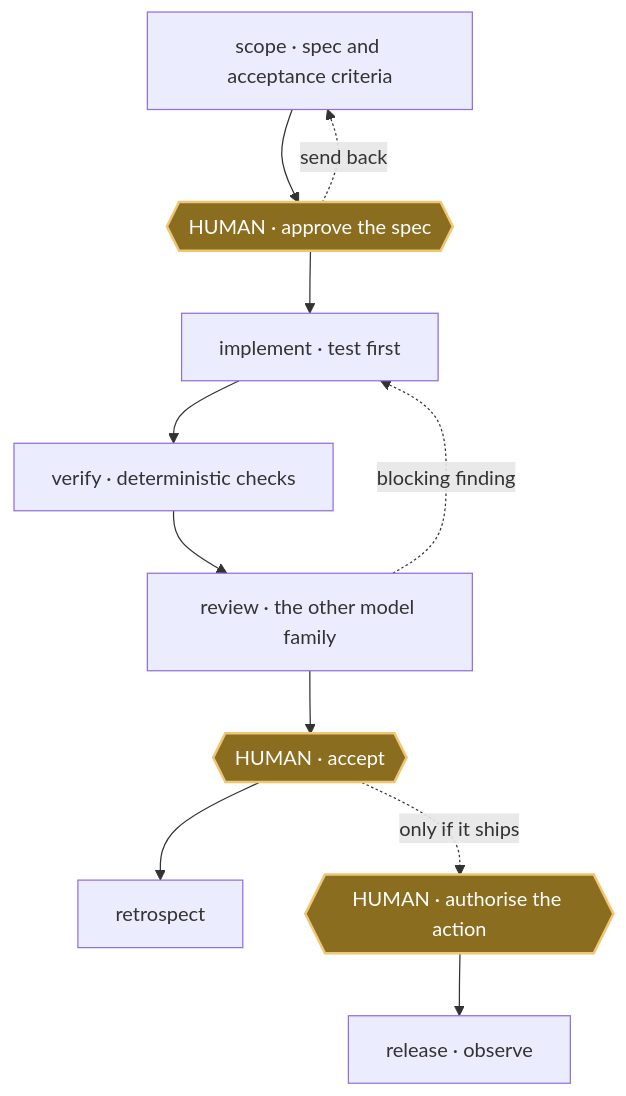
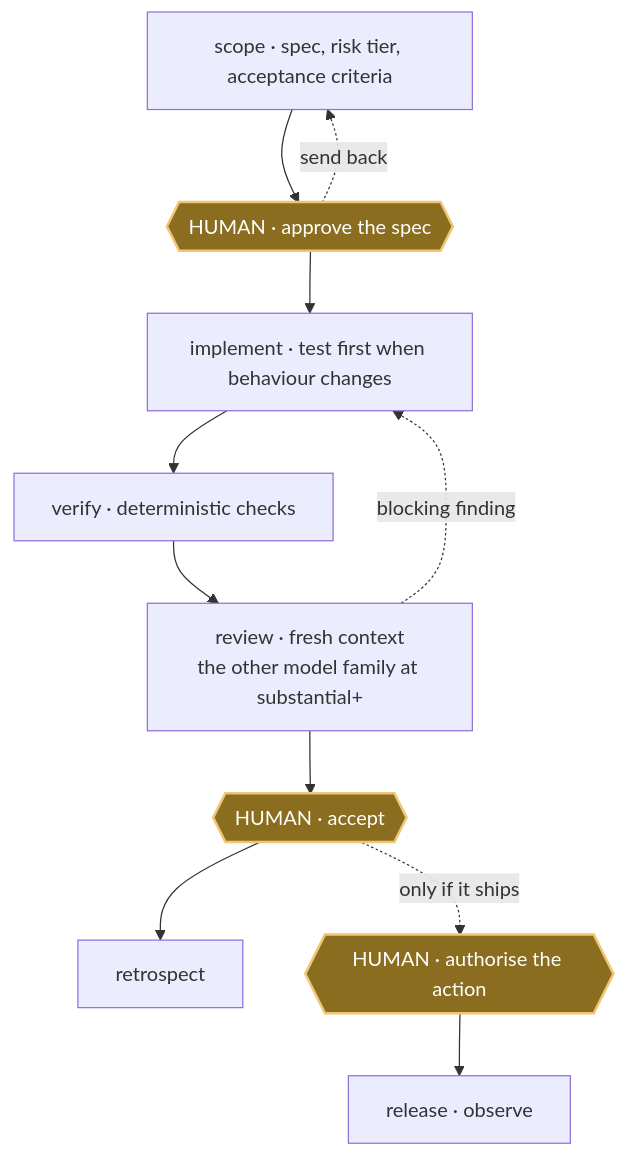
The diagram in README.md (mblauberg/agent-harness), drawn with Mermaid before and after one commit. The commit also changed other lines of this file and 5 other files, not shown here.

````diff
--- a/README.md
+++ b/README.md
@@ -100,18 +103,18 @@
 ```mermaid
 flowchart TB
     accTitle: The delivery loop and its three human gates
-    accDescr: After a session sets up clean context, the deliver kernel runs the loop top to bottom: scope writes the specification, a human gate approves it, implement writes the test first, verify runs deterministic checks, and review is the other model family reading the work in a fresh context. Two dotted edges return: the approval gate sends the plan back to scope, and a blocking review finding sends the work back to implement for a bounded repair. A human gate then accepts, which leads to retrospect and the next cycle. Release and observe sit outside the loop, reachable only through a third human gate that authorises the external action.
-    SC["scope · spec and acceptance criteria"] --> G1{{"HUMAN · approve the spec"}}
+    accDescr: After a session sets up clean context, the deliver kernel runs the loop top to bottom: scope writes the specification and risk tier, a human gate approves it, implement writes the test first whenever observable behaviour changes, verify runs deterministic checks, and review reads the work in a fresh context that never wrote it, and from the substantial tier up must include the other model family. Two dotted edges return: the approval gate sends the plan back to scope, and a blocking review finding sends the work back to implement for a bounded repair. A human gate then accepts, leading to retrospect and the next cycle. Release and observe sit outside the loop, behind a third human gate that authorises the external action.
+    SC["scope · spec, risk tier, acceptance criteria"] --> G1{{"HUMAN · approve the spec"}}
     G1 -. "send back" .-> SC
-    G1 --> IM["implement · test first"]
+    G1 --> IM["implement · test first when behaviour changes"]
     IM --> VF["verify · deterministic checks"]
-    VF --> RV["review · the other model family"]
+    VF --> RV["review · fresh context<br/>the other model family at substantial+"]
     RV -. "blocking finding" .-> IM
     RV --> G2{{"HUMAN · accept"}}
     G2 --> RT["retrospect"]
     G2 -. "only if it ships" .-> G3{{"HUMAN · authorise the action"}}
     G3 --> RL["release · observe"]
 
     classDef gate fill:#8a6d1f,stroke:#f0c674,color:#ffffff,stroke-width:2px
     class G1,G2,G3 gate
 ```
````
